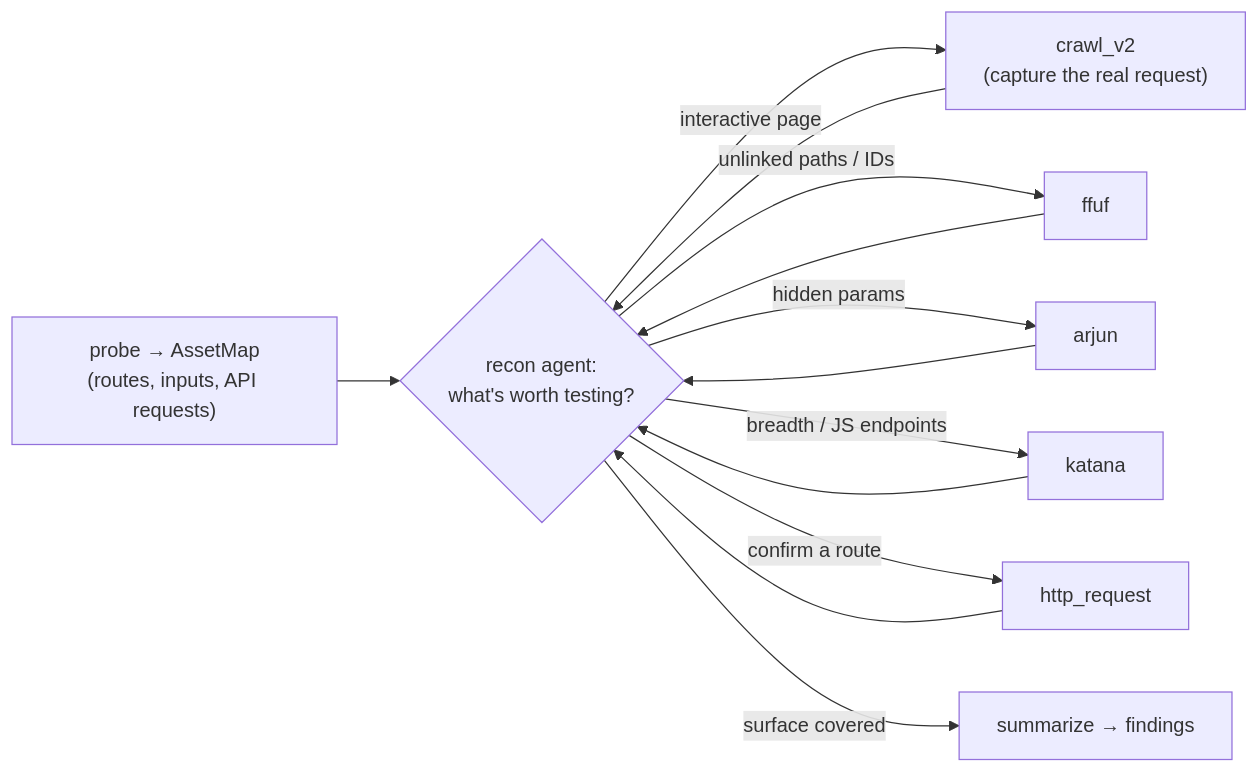
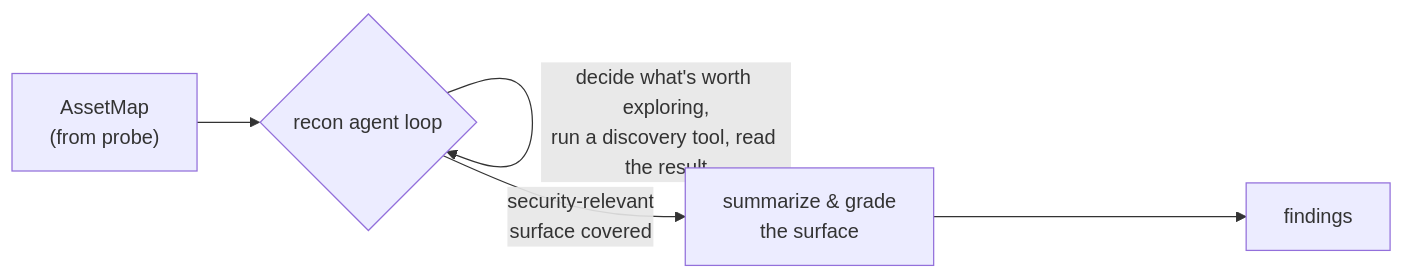
The first of 2 diagrams in README.md (kozhev/APTS), drawn with Mermaid before and after one commit. The commit also changed other lines of this file, not shown here.

Commit message:
README: graphs show the agent loop + stages, not tool fan-out
Recon graph: AssetMap -> agent loop -> summarize & grade -> findings.
Exploit graph: per-hypothesis proof loop -> proven / not confirmed.
Tool names stay in the prose; the graphs show the agentic flow.

````diff
--- a/README.md
+++ b/README.md
@@ -39,15 +39,7 @@
 ```mermaid
 flowchart LR
-    P["probe → AssetMap<br/>(routes, inputs, API requests)"] --> R{"recon agent:<br/>what's worth testing?"}
-    R -->|"interactive page"| C["crawl_v2<br/>(capture the real request)"]
-    R -->|"unlinked paths / IDs"| F["ffuf"]
-    R -->|"hidden params"| A["arjun"]
-    R -->|"breadth / JS endpoints"| K["katana"]
-    R -->|"confirm a route"| H["http_request"]
-    C --> R
-    F --> R
-    A --> R
-    K --> R
-    H --> R
-    R -->|"surface covered"| FIN["summarize → findings"]
+    A["AssetMap<br/>(from probe)"] --> L{"recon agent loop"}
+    L -->|"decide what's worth exploring,<br/>run a discovery tool, read the result"| L
+    L -->|"security-relevant<br/>surface covered"| S["summarize &amp; grade<br/>the surface"]
+    S --> F["findings"]
 ```
````
